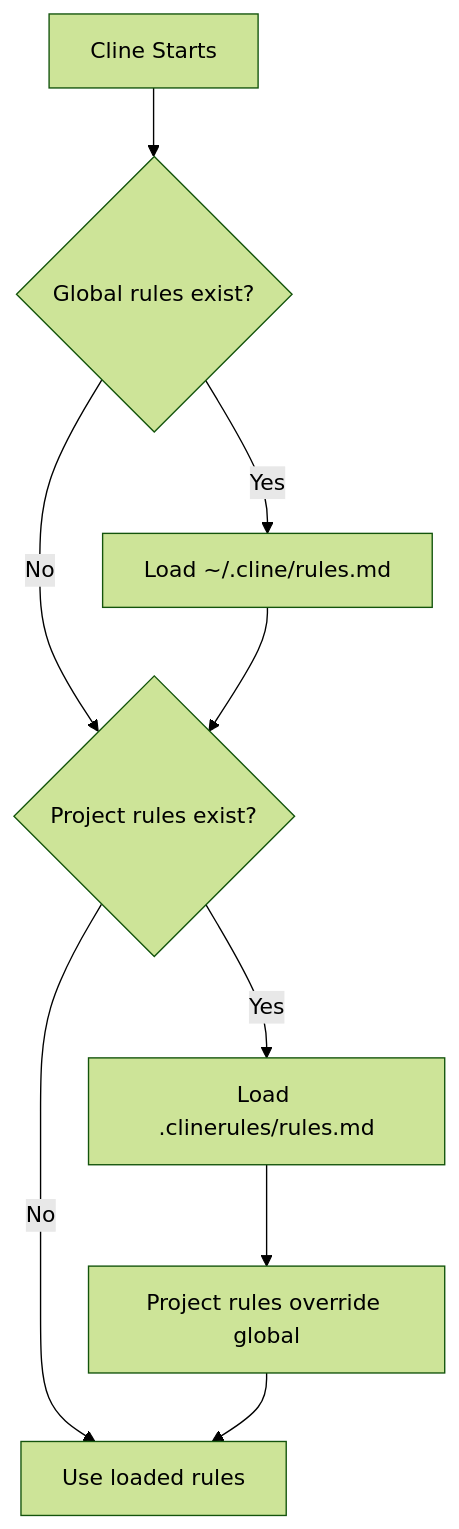
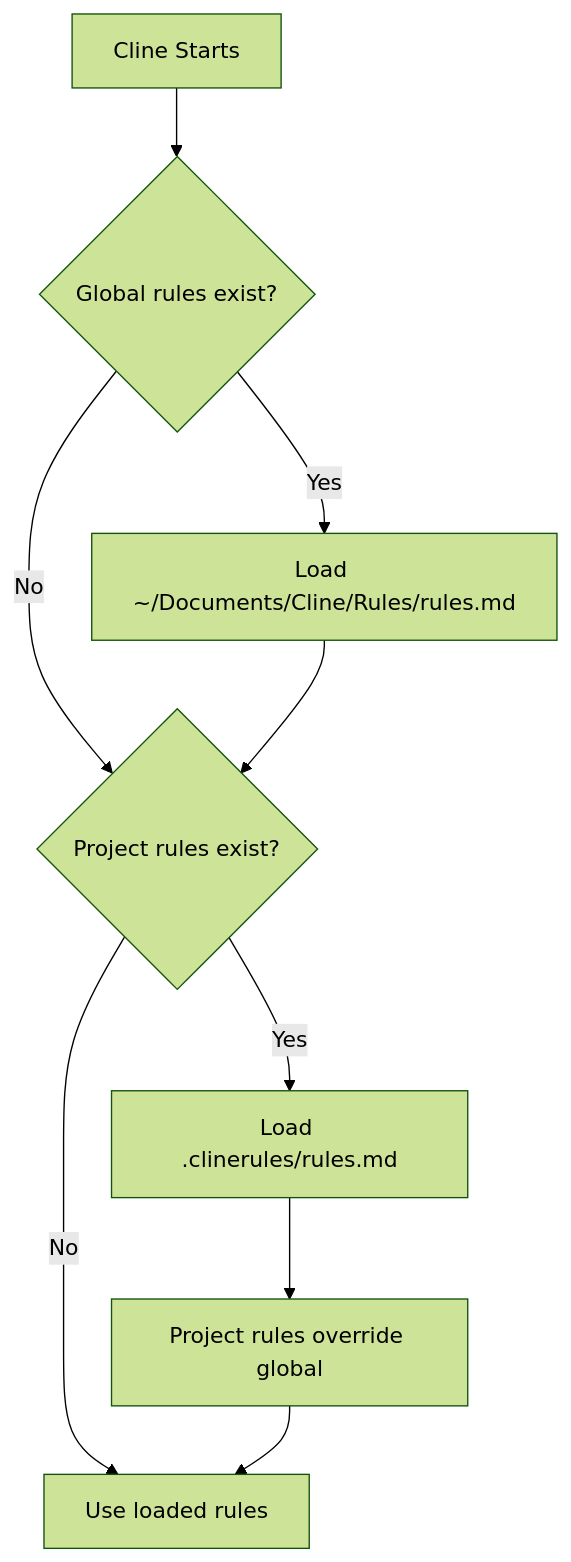
Before and after one commit to siwardean/cline-workflow: the diagram in README.md, drawn with Mermaid (forest theme). The commit also changed other lines of this file and 4 other files, not shown here.

First line of the commit message:
fix: correct global Cline configuration location

````diff
--- a/README.md
+++ b/README.md
@@ -175,11 +181,11 @@
 ```mermaid
 flowchart TD
     Start[Cline Starts] --> CheckGlobal{Global rules exist?}
-    CheckGlobal -->|Yes| LoadGlobal[Load ~/.cline/rules.md]
+    CheckGlobal -->|Yes| LoadGlobal["Load ~/Documents/Cline/Rules/rules.md"]
     CheckGlobal -->|No| CheckProject
     LoadGlobal --> CheckProject{Project rules exist?}
     CheckProject -->|Yes| LoadProject[Load .clinerules/rules.md]
     CheckProject -->|No| Done[Use loaded rules]
     LoadProject --> Override[Project rules override global]
     Override --> Done
 ```
````
